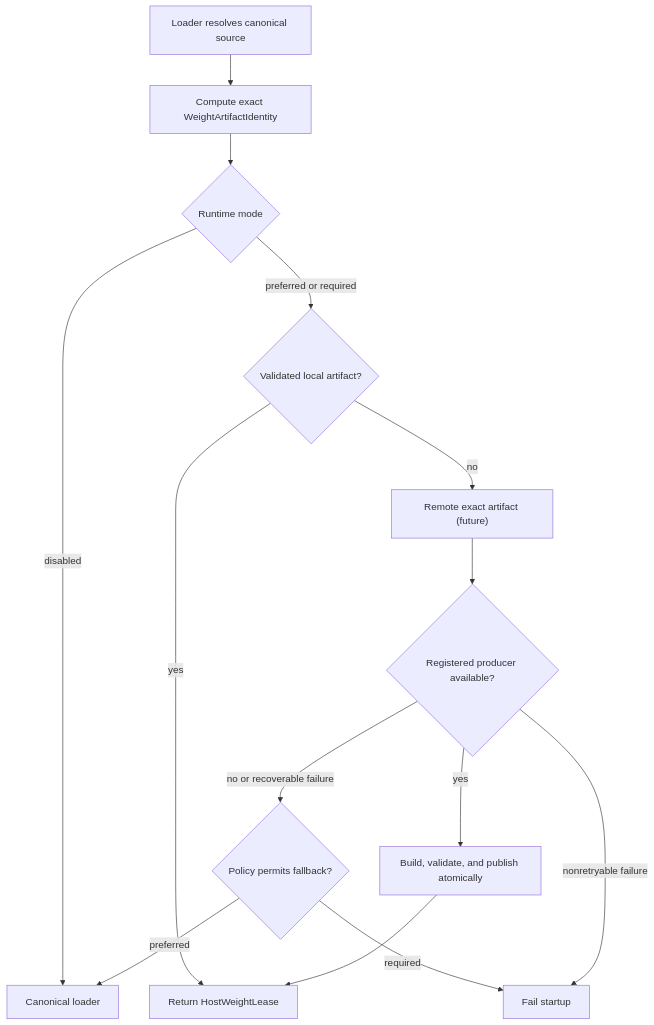
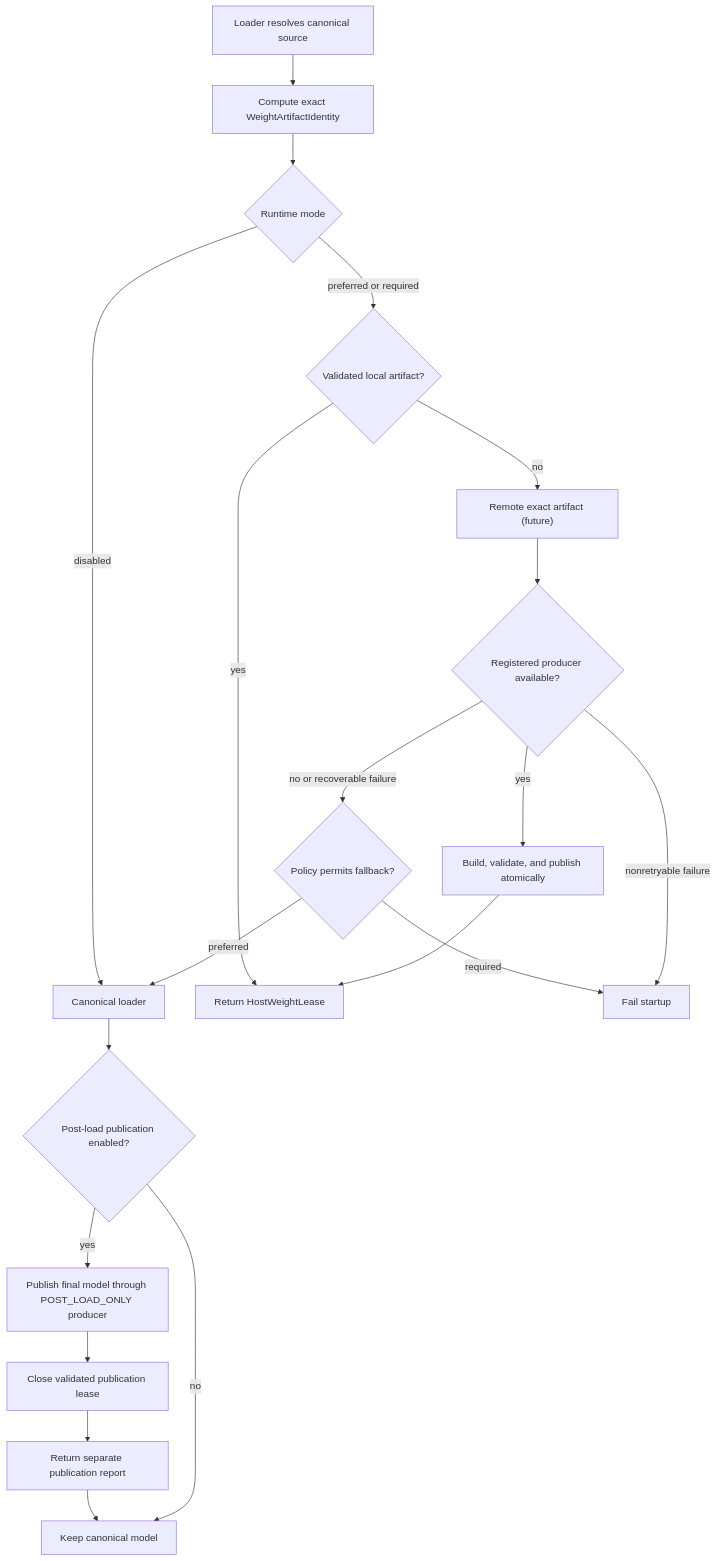
The first of 2 diagrams in docs/design/feature/host_weight_runtime.md (fan2956/vllm-omni), drawn with Mermaid before and after one commit. The commit also changed other lines of this file and 7 other files, not shown here.

Commit message:
[Core] Add explicit post-load Host Weight Runtime publication (#6427)

````diff
--- a/docs/design/feature/host_weight_runtime.md
+++ b/docs/design/feature/host_weight_runtime.md
@@ -72,16 +72,22 @@
 ```mermaid
 flowchart TD
     L["Loader resolves canonical source"] --> I["Compute exact WeightArtifactIdentity"]
     I --> M{"Runtime mode"}
     M -->|"disabled"| C["Canonical loader"]
     M -->|"preferred or required"| A{"Validated local artifact?"}
     A -->|"yes"| R["Return HostWeightLease"]
     A -->|"no"| X["Remote exact artifact (future)"]
     X --> P{"Registered producer available?"}
     P -->|"yes"| B["Build, validate, and publish atomically"]
     B --> R
     P -->|"no or recoverable failure"| F{"Policy permits fallback?"}
     F -->|"preferred"| C
     F -->|"required"| E["Fail startup"]
     P -->|"nonretryable failure"| E
+    C --> W{"Post-load publication enabled?"}
+    W -->|"yes"| B2["Publish final model through POST_LOAD_ONLY producer"]
+    B2 --> CL["Close validated publication lease"]
+    CL --> R2["Return separate publication report"]
+    R2 --> D
+    W -->|"no"| D["Keep canonical model"]
 ```
````
